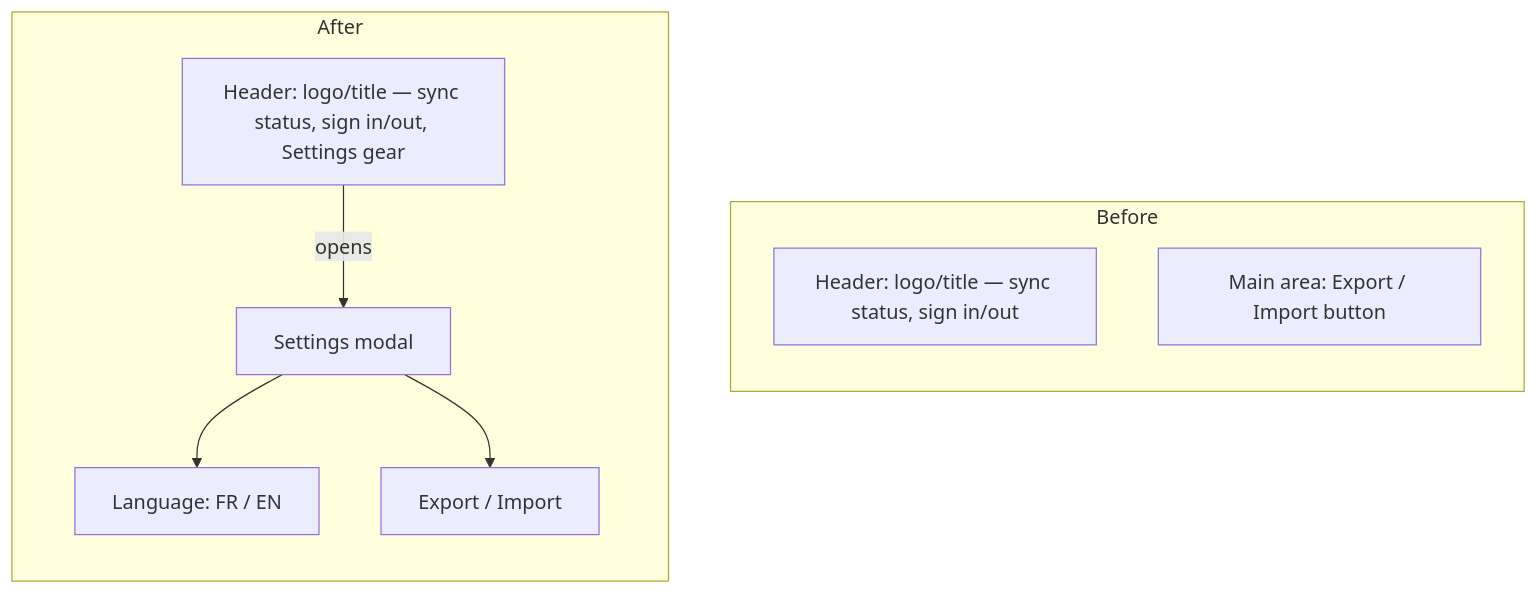
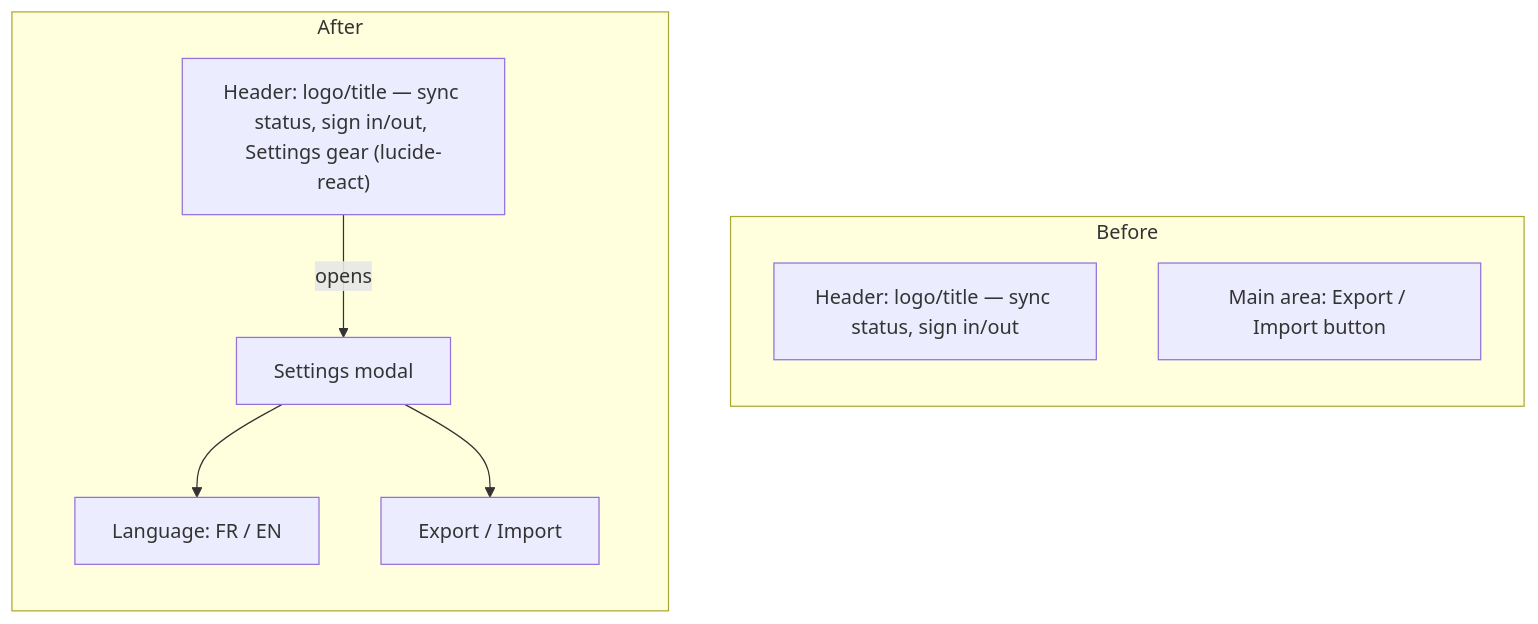
Before and after one commit to baptiste-pasquier/tablemarks: the first of 3 diagrams in docs/plans/2026-08-30-0009-feat-language-settings-plan.md, drawn with Mermaid. The commit also changed other lines of this file, not shown here.

First line of the commit message:
docs(language-settings): enrich plan with ce-plan and doc review fixes

````diff
--- a/docs/plans/2026-08-30-0009-feat-language-settings-plan.md
+++ b/docs/plans/2026-08-30-0009-feat-language-settings-plan.md
@@ -46,15 +50,15 @@
 ```mermaid
 flowchart TB
   subgraph before["Before"]
     direction TB
     H1["Header: logo/title — sync status, sign in/out"]
     M1["Main area: Export / Import button"]
   end
   subgraph after["After"]
     direction TB
-    H2["Header: logo/title — sync status, sign in/out, Settings gear"]
+    H2["Header: logo/title — sync status, sign in/out, Settings gear (lucide-react)"]
     H2 -->|opens| S["Settings modal"]
     S --> L["Language: FR / EN"]
     S --> E["Export / Import"]
   end
 ```
````
